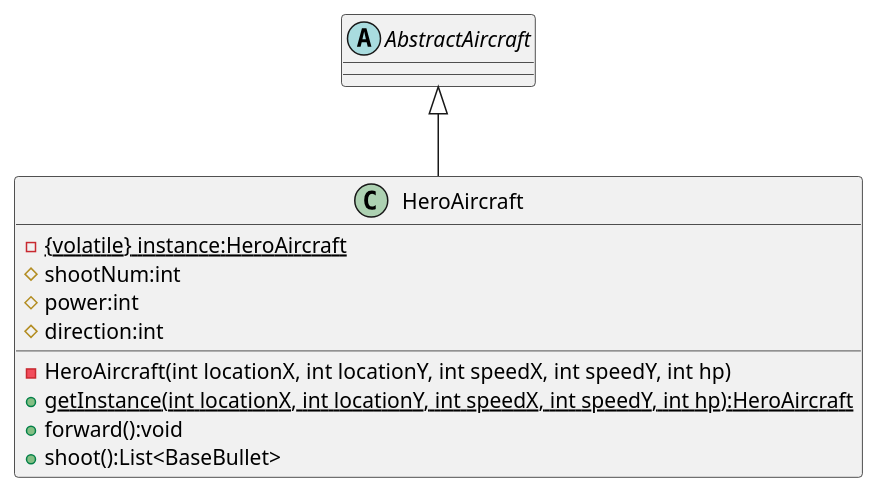
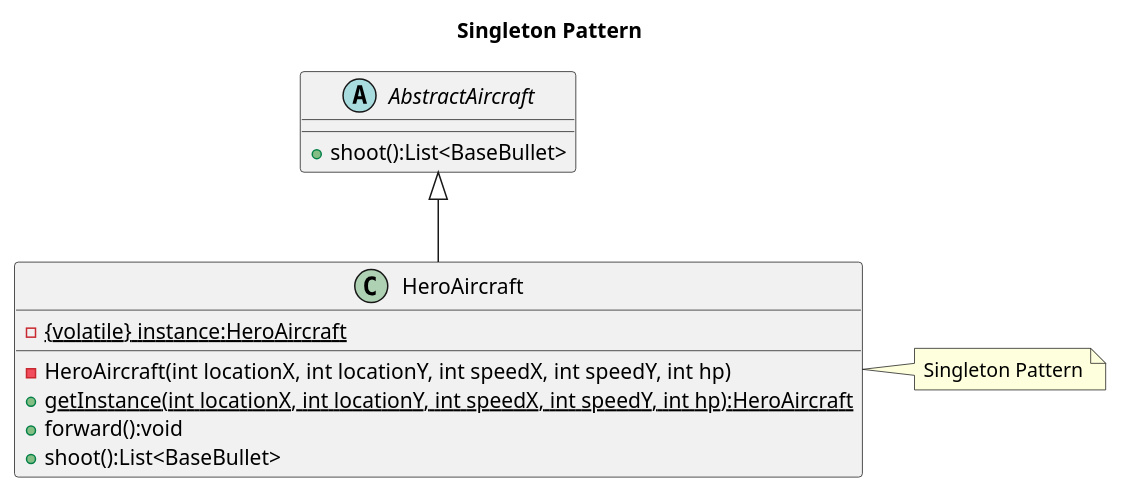
One commit to 520ououo/My-CS-learning-Process changed the diagram in Coursework/software_engineering/AircraftWar-base1.0/uml/HeroAircraft.puml. Above: the diagram before and after it, drawn with PlantUML. The commit also changed 7 other files, not shown here.

```diff
--- a/Coursework/software_engineering/AircraftWar-base1.0/uml/HeroAircraft.puml
+++ b/Coursework/software_engineering/AircraftWar-base1.0/uml/HeroAircraft.puml
@@ -1,20 +1,26 @@
 @startuml
 'https://plantuml.com/class-diagram
 
+title Singleton Pattern
+
 abstract class AbstractAircraft
+{
+    + shoot():List<BaseBullet>
+}
 
 class HeroAircraft
 {
     - {static} {volatile} instance:HeroAircraft
-    # shootNum:int
-    # power:int
-    # direction:int
     - HeroAircraft(int locationX, int locationY, int speedX, int speedY, int hp)
     + {static} getInstance(int locationX, int locationY, int speedX, int speedY, int hp):HeroAircraft
     + forward():void
     + shoot():List<BaseBullet>
 }
 
 AbstractAircraft <|-- HeroAircraft
 
+note right of HeroAircraft
+  Singleton Pattern
+end note
+
 @enduml
```
